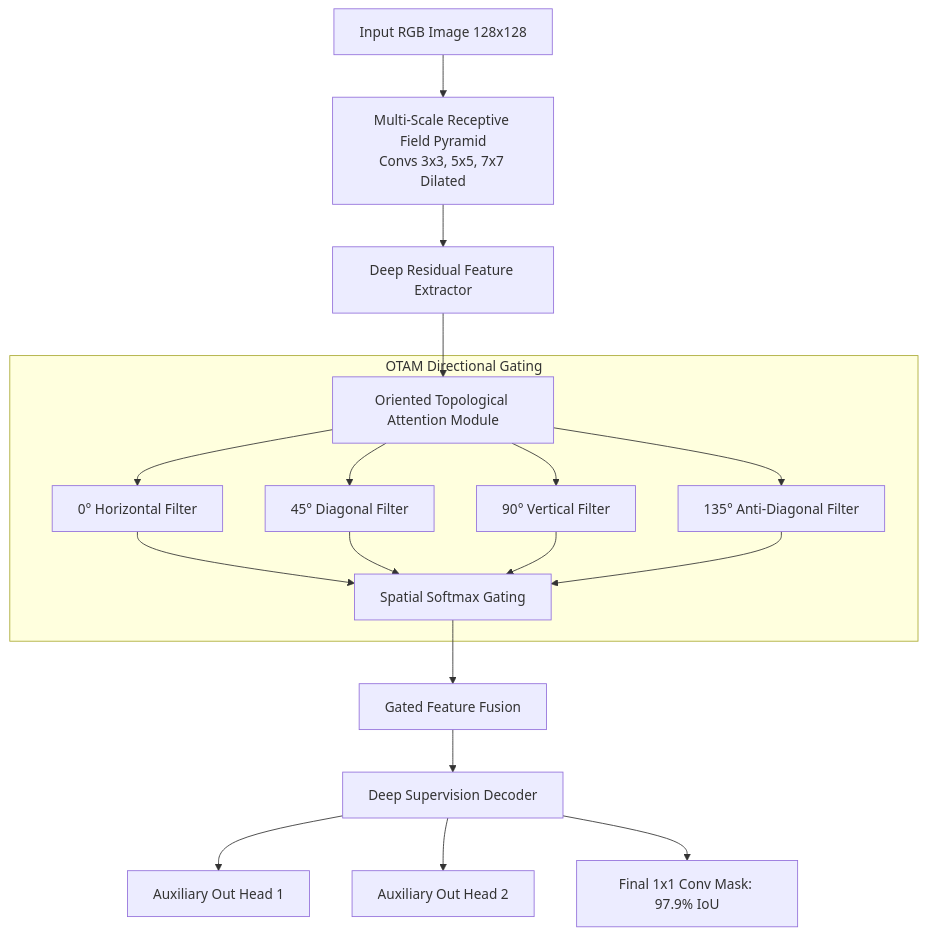
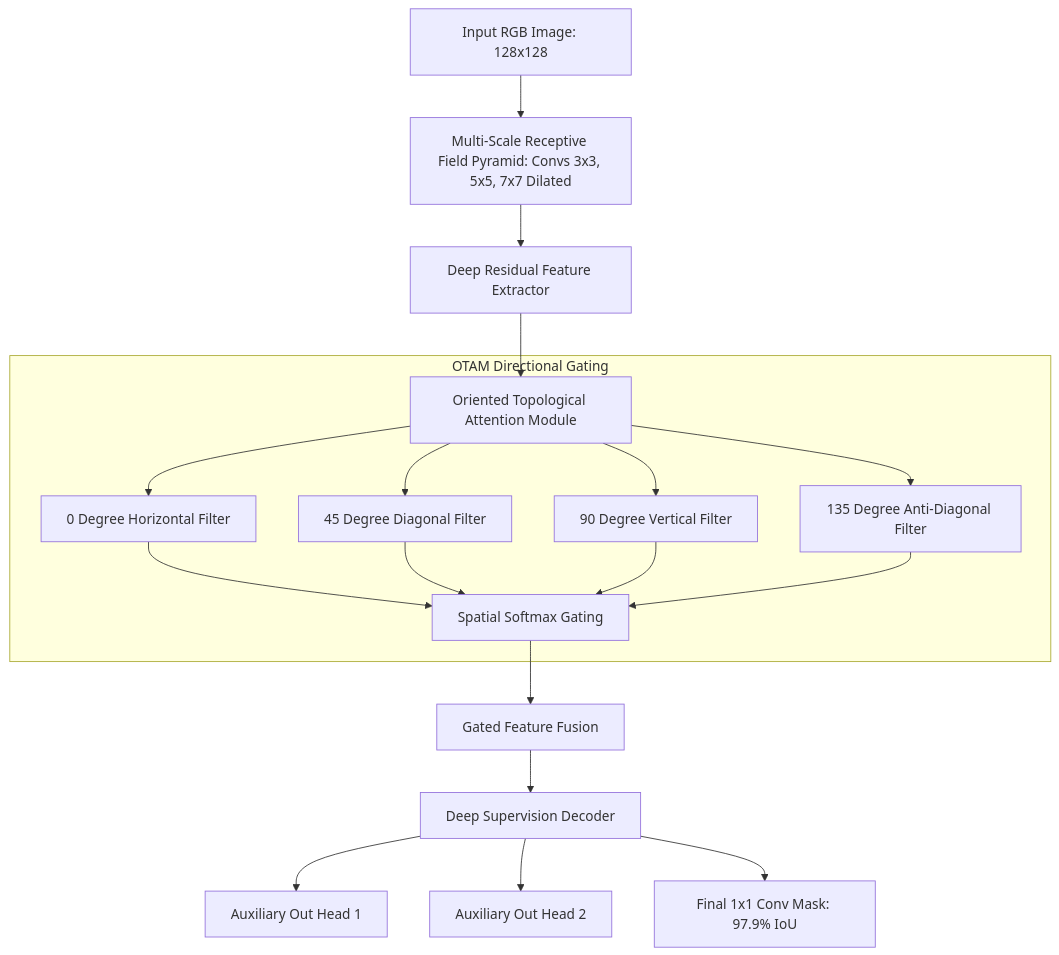
One commit to Runtime-Slayers/RhizoWhisperer-Model-Architectures changed the second of 5 diagrams in README.md. Above: the diagram before and after it, drawn with Mermaid. The commit also changed other lines of this file, not shown here.

Commit message:
fix: Format all Mermaid node labels with double quotes to fix rendering compilation errors

````diff
--- a/README.md
+++ b/README.md
@@ -76,20 +76,20 @@
 ```mermaid
 flowchart TD
-    In[Input RGB Image 128x128] --> MSRFP[Multi-Scale Receptive Field Pyramid\nConvs 3x3, 5x5, 7x7 Dilated]
-    MSRFP --> Enc[Deep Residual Feature Extractor]
-    Enc --> OTAM[Oriented Topological Attention Module]
+    In["Input RGB Image: 128x128"] --> MSRFP["Multi-Scale Receptive Field Pyramid: Convs 3x3, 5x5, 7x7 Dilated"]
+    MSRFP --> Enc["Deep Residual Feature Extractor"]
+    Enc --> OTAM["Oriented Topological Attention Module"]
     
     subgraph OTAM_Detail ["OTAM Directional Gating"]
-        OTAM --> A0[0° Horizontal Filter]
-        OTAM --> A45[45° Diagonal Filter]
-        OTAM --> A90[90° Vertical Filter]
-        OTAM --> A135[135° Anti-Diagonal Filter]
-        A0 & A45 & A90 & A135 --> SoftmaxGate[Spatial Softmax Gating]
+        OTAM --> A0["0 Degree Horizontal Filter"]
+        OTAM --> A45["45 Degree Diagonal Filter"]
+        OTAM --> A90["90 Degree Vertical Filter"]
+        OTAM --> A135["135 Degree Anti-Diagonal Filter"]
+        A0 & A45 & A90 & A135 --> SoftmaxGate["Spatial Softmax Gating"]
     end
 
-    SoftmaxGate --> GatedFeat[Gated Feature Fusion]
-    GatedFeat --> Dec[Deep Supervision Decoder]
-    Dec --> Head1[Auxiliary Out Head 1]
-    Dec --> Head2[Auxiliary Out Head 2]
-    Dec --> Final[Final 1x1 Conv Mask: 97.9% IoU]
+    SoftmaxGate --> GatedFeat["Gated Feature Fusion"]
+    GatedFeat --> Dec["Deep Supervision Decoder"]
+    Dec --> Head1["Auxiliary Out Head 1"]
+    Dec --> Head2["Auxiliary Out Head 2"]
+    Dec --> Final["Final 1x1 Conv Mask: 97.9% IoU"]
 ```
````
